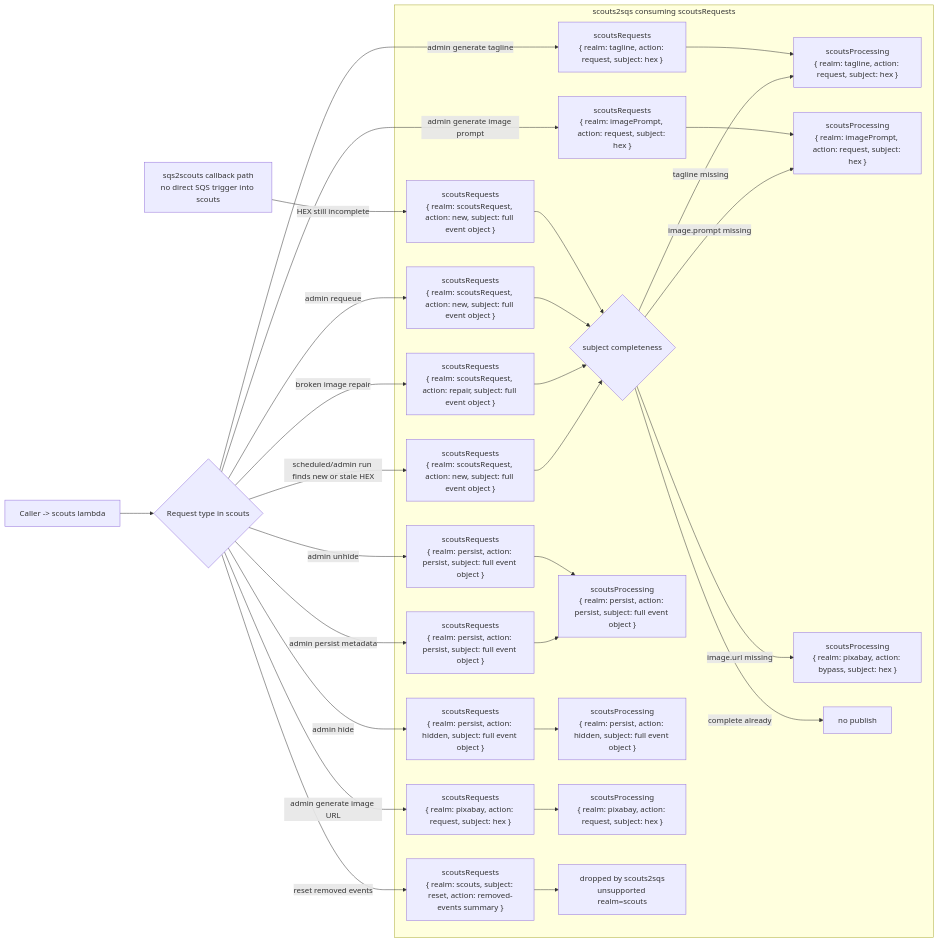
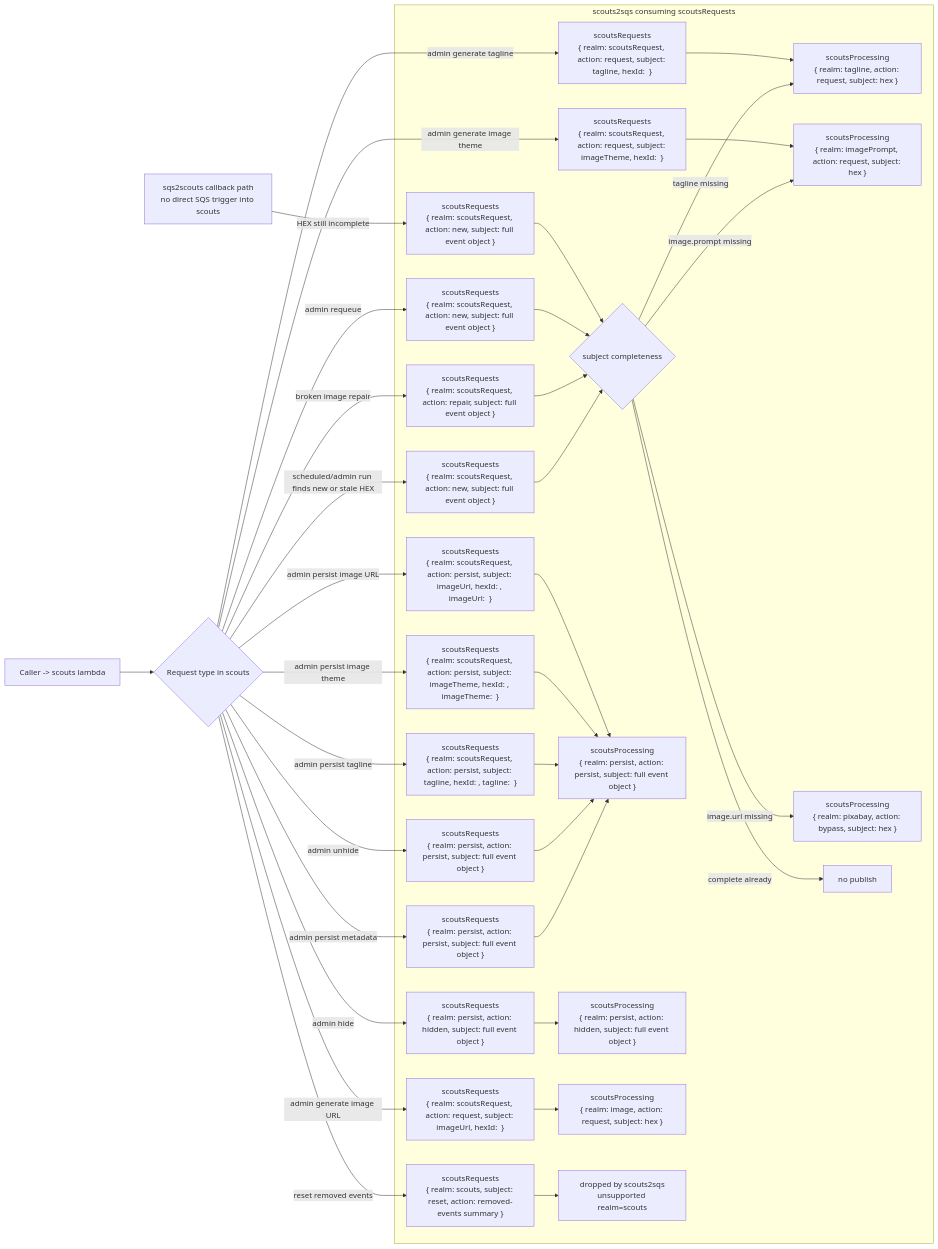
Before and after one commit to antonio1000homens/scouts: the diagram in lambdas/scouts/docs/SCOUTS-REQUEST-PIPELINE.md, drawn with Mermaid. The commit also changed other lines of this file and 9 other files, not shown here.

````diff
--- a/lambdas/scouts/docs/SCOUTS-REQUEST-PIPELINE.md
+++ b/lambdas/scouts/docs/SCOUTS-REQUEST-PIPELINE.md
@@ -20,37 +20,43 @@
 ```mermaid
 flowchart LR
     A["Caller -> scouts lambda"] --> B{"Request type in scouts"}
 
     B -->|"scheduled/admin run finds new or stale HEX"| Q1["scoutsRequests\n{ realm: scoutsRequest, action: new, subject: full event object }"]
     B -->|"broken image repair"| Q2["scoutsRequests\n{ realm: scoutsRequest, action: repair, subject: full event object }"]
     B -->|"admin requeue"| Q3["scoutsRequests\n{ realm: scoutsRequest, action: new, subject: full event object }"]
     B -->|"admin persist metadata"| Q4["scoutsRequests\n{ realm: persist, action: persist, subject: full event object }"]
     B -->|"admin hide"| Q5["scoutsRequests\n{ realm: persist, action: hidden, subject: full event object }"]
     B -->|"admin unhide"| Q6["scoutsRequests\n{ realm: persist, action: persist, subject: full event object }"]
-    B -->|"admin generate tagline"| Q7["scoutsRequests\n{ realm: tagline, action: request, subject: hex }"]
-    B -->|"admin generate image prompt"| Q8["scoutsRequests\n{ realm: imagePrompt, action: request, subject: hex }"]
-    B -->|"admin generate image URL"| Q9["scoutsRequests\n{ realm: pixabay, action: request, subject: hex }"]
+    B -->|"admin generate tagline"| Q7["scoutsRequests\n{ realm: scoutsRequest, action: request, subject: tagline, hexId: <hex> }"]
+    B -->|"admin generate image theme"| Q8["scoutsRequests\n{ realm: scoutsRequest, action: request, subject: imageTheme, hexId: <hex> }"]
+    B -->|"admin persist tagline"| Q12["scoutsRequests\n{ realm: scoutsRequest, action: persist, subject: tagline, hexId: <hex>, tagline: <value> }"]
+    B -->|"admin persist image theme"| Q13["scoutsRequests\n{ realm: scoutsRequest, action: persist, subject: imageTheme, hexId: <hex>, imageTheme: <value> }"]
+    B -->|"admin generate image URL"| Q9["scoutsRequests\n{ realm: scoutsRequest, action: request, subject: imageUrl, hexId: <hex> }"]
+    B -->|"admin persist image URL"| Q14["scoutsRequests\n{ realm: scoutsRequest, action: persist, subject: imageUrl, hexId: <hex>, imageUrl: <value> }"]
     B -->|"reset removed events"| Q10["scoutsRequests\n{ realm: scouts, subject: reset, action: removed-events summary }"]
 
     C["sqs2scouts callback path\nno direct SQS trigger into scouts"] -->|"HEX still incomplete"| Q11["scoutsRequests\n{ realm: scoutsRequest, action: new, subject: full event object }"]
 
     subgraph D["scouts2sqs consuming scoutsRequests"]
         Q1 --> E{"subject completeness"}
         Q2 --> E
         Q3 --> E
         Q11 --> E
 
         E -->|"tagline missing"| P1["scoutsProcessing\n{ realm: tagline, action: request, subject: hex }"]
         E -->|"image.prompt missing"| P2["scoutsProcessing\n{ realm: imagePrompt, action: request, subject: hex }"]
         E -->|"image.url missing"| P3["scoutsProcessing\n{ realm: pixabay, action: bypass, subject: hex }"]
         E -->|"complete already"| X1["no publish"]
 
         Q4 --> P4["scoutsProcessing\n{ realm: persist, action: persist, subject: full event object }"]
         Q5 --> P5["scoutsProcessing\n{ realm: persist, action: hidden, subject: full event object }"]
         Q6 --> P4
         Q7 --> P1
         Q8 --> P2
-        Q9 --> P6["scoutsProcessing\n{ realm: pixabay, action: request, subject: hex }"]
+        Q12 --> P4
+        Q13 --> P4
+        Q9 --> P6["scoutsProcessing\n{ realm: image, action: request, subject: hex }"]
+        Q14 --> P4
         Q10 --> X2["dropped by scouts2sqs\nunsupported realm=scouts"]
     end
 ```
````
